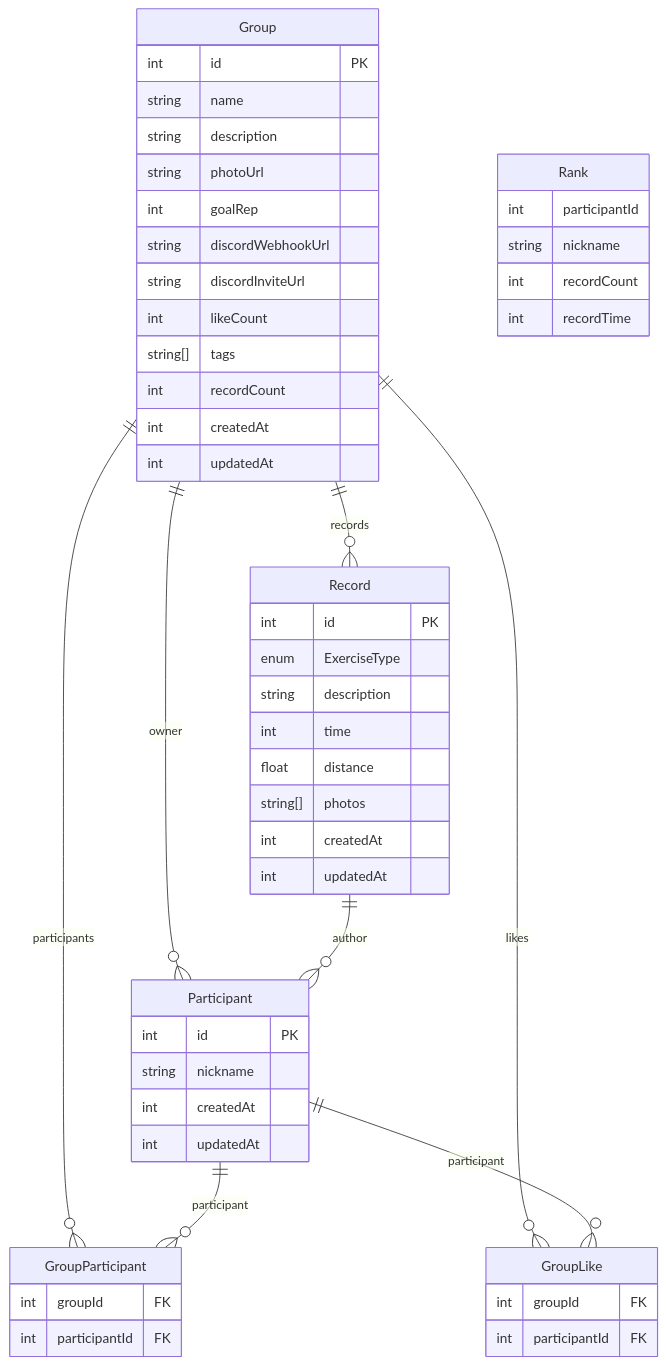
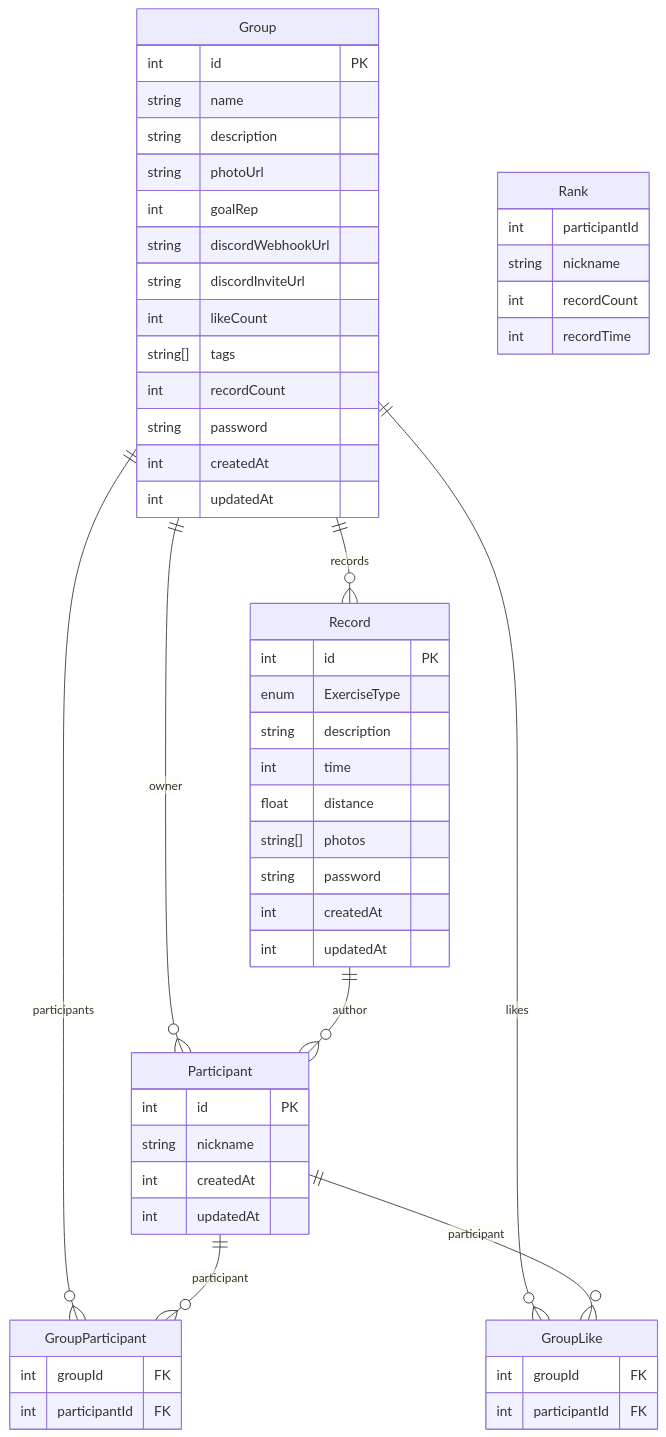
The diagram in README.md (funfungun/mermaid), drawn with Mermaid before and after one commit.

````diff
--- a/README.md
+++ b/README.md
@@ -1,57 +1,59 @@
 ```mermaid
 erDiagram
     Participant {
         int id PK
         string nickname
         int createdAt
         int updatedAt
     }
     Group {
         int id PK
         string name
         string description
         string photoUrl
         int goalRep
         string discordWebhookUrl
         string discordInviteUrl
         int likeCount
         string[] tags
         int recordCount
+        string password
         int createdAt
         int updatedAt
     }
     Record {
         int id PK
         enum ExerciseType
         string description
         int time
         float distance
         string[] photos
+        string password
         int createdAt
         int updatedAt
     }
     Rank {
         int participantId
         string nickname
         int recordCount
         int recordTime
     }
 
     GroupParticipant {
         int groupId FK
         int participantId FK
     }
 
     GroupLike {
         int groupId FK
         int participantId FK
     }
 
     Group ||--o{ Participant : owner
     Group ||--o{ GroupParticipant : participants
     Participant ||--o{ GroupParticipant : participant
     Group ||--o{ Record : records
     Record ||--o{ Participant : author
     Group ||--o{ GroupLike : likes
     Participant ||--o{ GroupLike : participant
 ```
````
